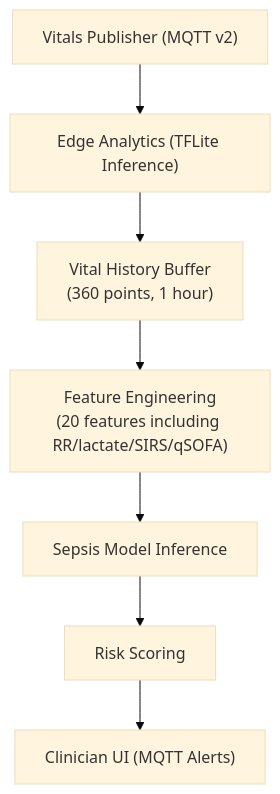
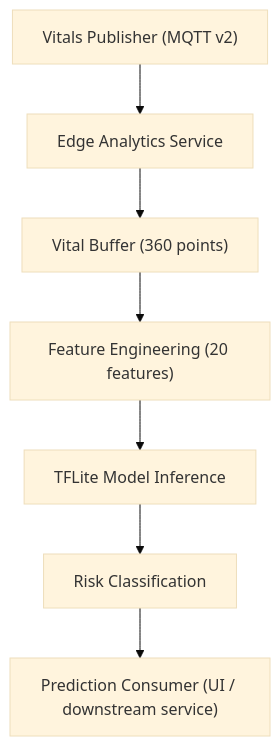
One commit to chaithubk/medtech-edge-analytics changed the diagram in README.md. Above: the diagram before and after it, drawn with Mermaid (base theme). The commit also changed other lines of this file and 7 other files, not shown here.

````diff
--- a/README.md
+++ b/README.md
@@ -88,17 +19,17 @@
 ```mermaid
 flowchart TD
-    A["Vitals Publisher (MQTT v2)"] 
-    B["Edge Analytics (TFLite Inference)"]
-    C["Vital History Buffer<br/>(360 points, 1 hour)"]
-    D["Feature Engineering<br/>(20 features including RR/lactate/SIRS/qSOFA)"]
-    E["Sepsis Model Inference"]
-    F["Risk Scoring"]
-    G["Clinician UI (MQTT Alerts)"]
+        A["Vitals Publisher (MQTT v2)"]
+        B["Edge Analytics Service"]
+        C["Vital Buffer (360 points)"]
+        D["Feature Engineering (20 features)"]
+        E["TFLite Model Inference"]
+        F["Risk Classification"]
+        G["Prediction Consumer (UI / downstream service)"]
 
-    A --> B
-    B --> C
-    C --> D
-    D --> E
-    E --> F
-    F --> G
+        A --> B
+        B --> C
+        C --> D
+        D --> E
+        E --> F
+        F --> G
 ```
````
